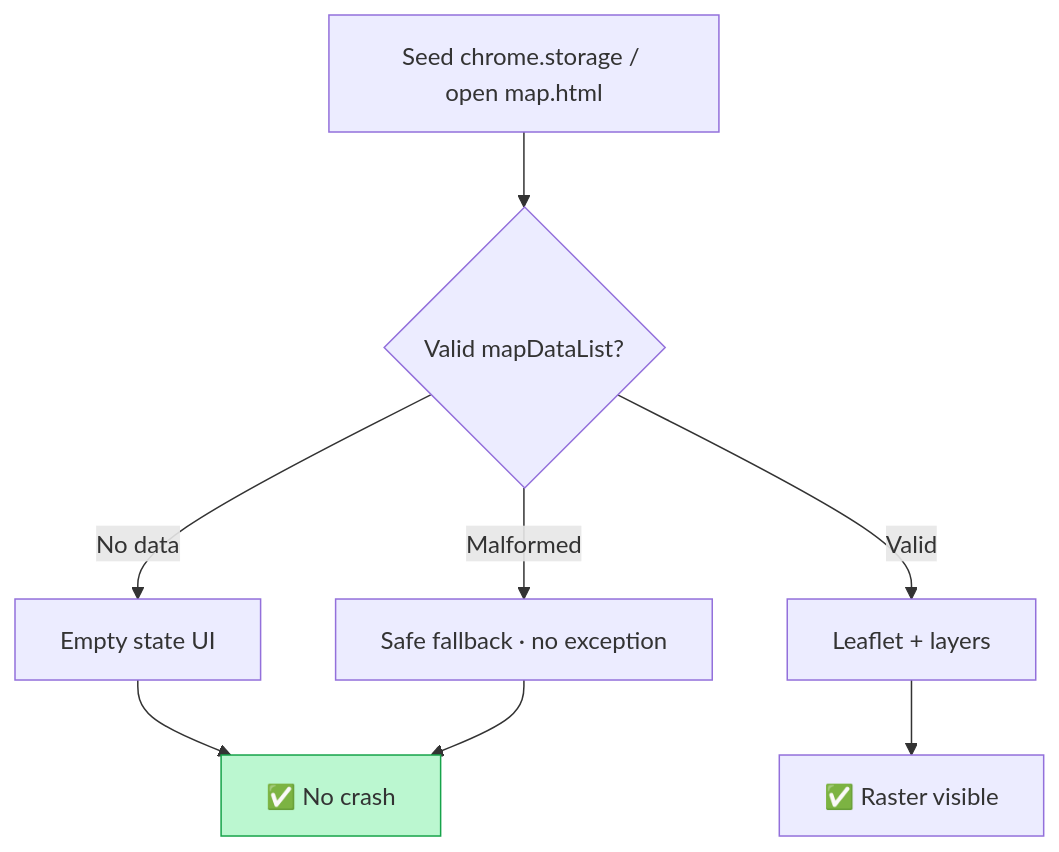
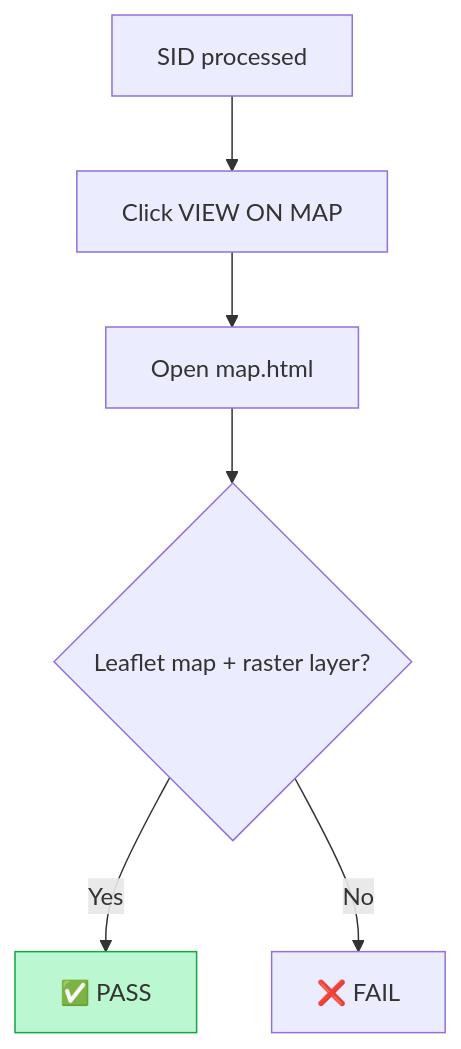
Before and after one commit to GeoWGS84-Testing/Mrsid-Extension: diagram 14 of 44 in README.md, drawn with Mermaid. The commit also changed other lines of this file, not shown here.

````diff
--- a/README.md
+++ b/README.md
@@ -384,12 +442,10 @@
 ```mermaid
 flowchart TD
-  A[Seed chrome.storage / open map.html] --> B{Valid mapDataList?}
-  B -->|No data| C[Empty state UI]
-  B -->|Malformed| D[Safe fallback · no exception]
-  B -->|Valid| E[Leaflet + layers]
-  C --> F[✅ No crash]
-  D --> F
-  E --> G[✅ Raster visible]
+  A[SID processed] --> B[Click VIEW ON MAP]
+  B --> C[Open map.html]
+  C --> D{Leaflet map + raster layer?}
+  D -->|Yes| P[✅ PASS]
+  D -->|No| X[❌ FAIL]
 
-  style F fill:#bbf7d0,stroke:#16a34a
+  style P fill:#bbf7d0,stroke:#16a34a
 ```
````
